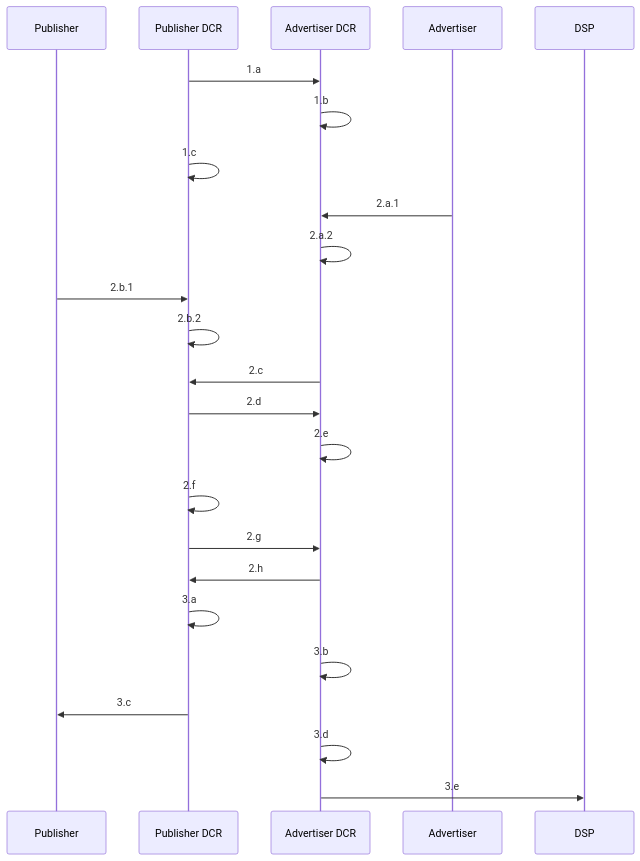
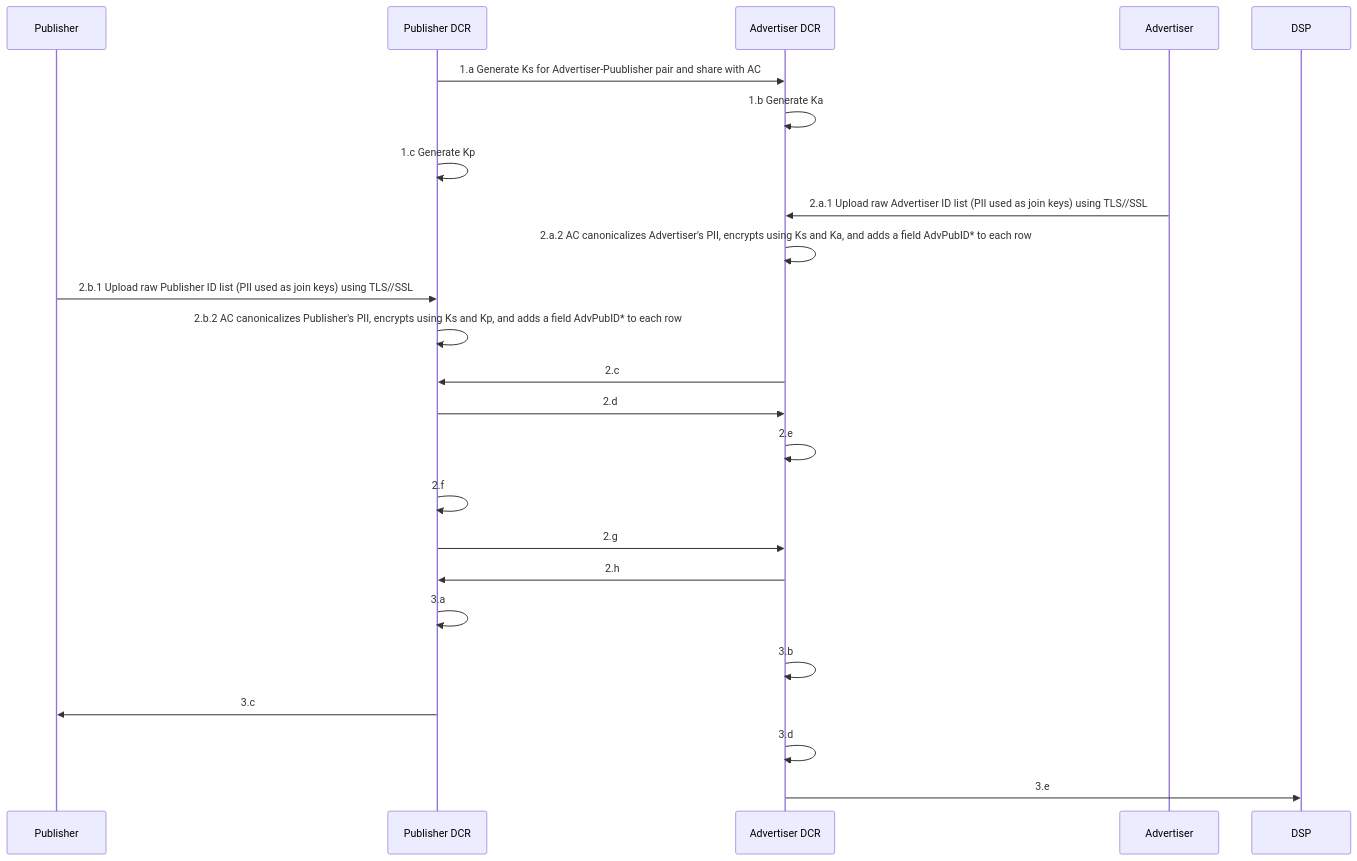
One commit to pm-harshad-mane/Diagrams changed the diagram in PAIR/Two_DCRs.md. Above: the diagram before and after it, drawn with Mermaid.

````diff
--- a/PAIR/Two_DCRs.md
+++ b/PAIR/Two_DCRs.md
@@ -1,33 +1,33 @@
 ```mermaid
 sequenceDiagram
 
 participant Pub as Publisher
 participant PC as Publisher DCR
 participant AC as Advertiser DCR
 participant Adv as Advertiser
 participant DSP
 
-PC->>AC: 1.a
-AC->>AC: 1.b
-PC->>PC: 1.c
+PC->>AC: 1.a Generate Ks for Advertiser-Puublisher pair and share with AC
+AC->>AC: 1.b Generate Ka
+PC->>PC: 1.c Generate Kp
 
-Adv->>AC: 2.a.1
-AC->>AC: 2.a.2
+Adv->>AC: 2.a.1 Upload raw Advertiser ID list (PII used as join keys) using TLS//SSL
+AC->>AC: 2.a.2 AC canonicalizes Advertiser's PII, encrypts using Ks and Ka, and adds a field AdvPubID* to each row
 
-Pub->>PC: 2.b.1
-PC->>PC: 2.b.2
+Pub->>PC: 2.b.1 Upload raw Publisher ID list (PII used as join keys) using TLS//SSL
+PC->>PC: 2.b.2 AC canonicalizes Publisher's PII, encrypts using Ks and Kp, and adds a field AdvPubID* to each row
 
 AC->>PC: 2.c
 PC->>AC: 2.d
 AC->>AC: 2.e
 PC->>PC: 2.f
 PC->>AC: 2.g
 AC->>PC: 2.h
 
 PC->>PC: 3.a
 AC->>AC: 3.b
 PC->>Pub: 3.c
 AC->>AC: 3.d
 AC->>DSP: 3.e
 
 ```
````
